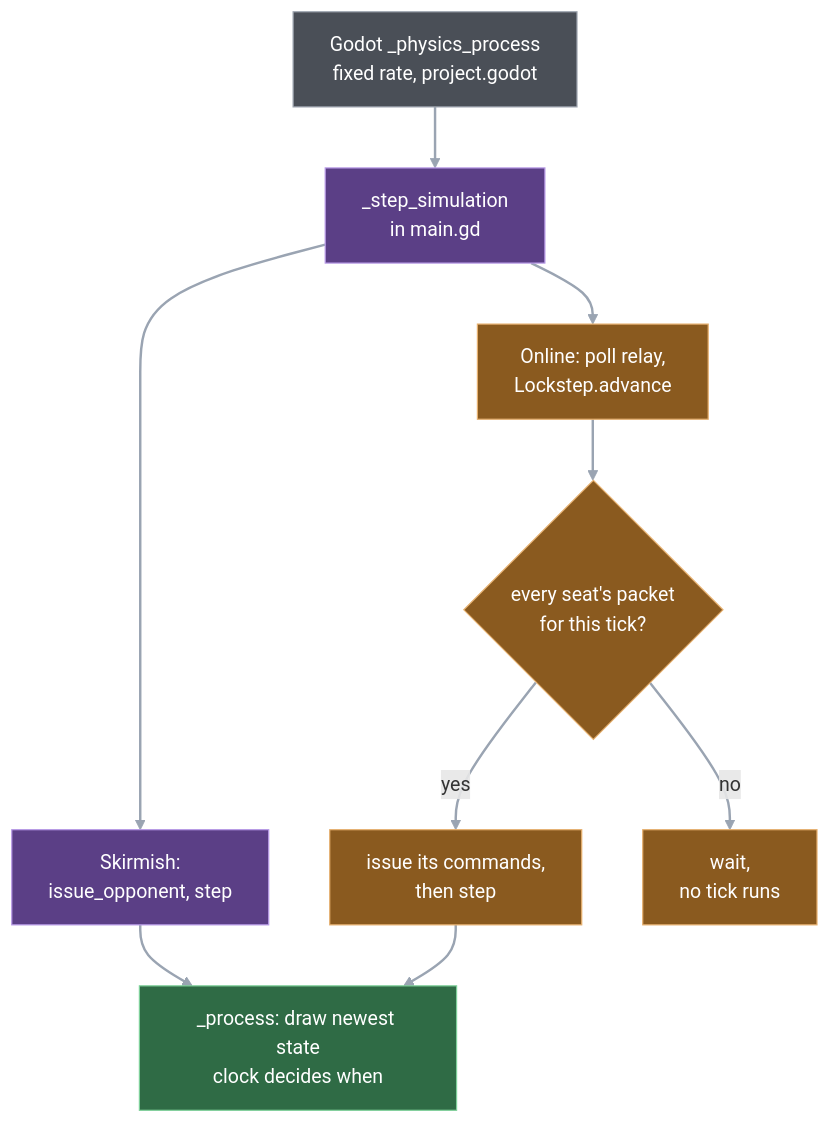
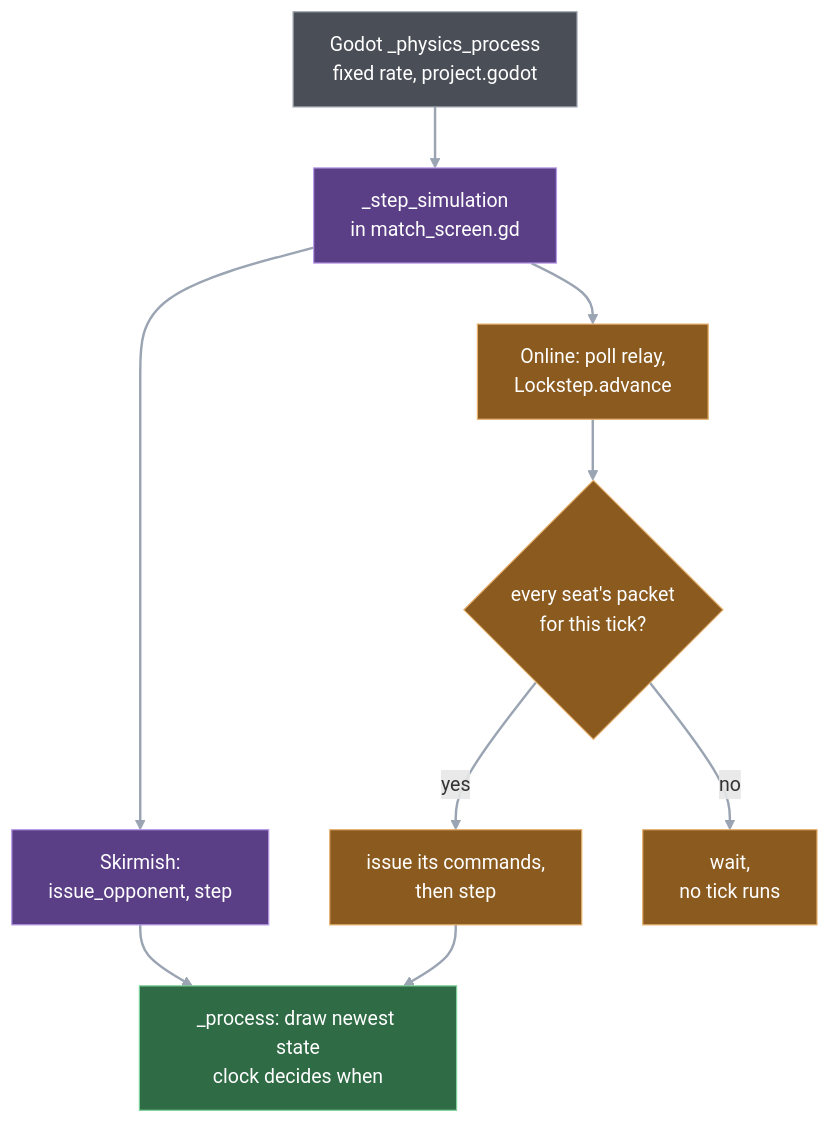
Before and after one commit to pdstuber/wargrid: the second of 2 diagrams in docs/guide/04-the-tick.md, drawn with Mermaid. The commit also changed other lines of this file and 18 other files, not shown here.

First line of the commit message:
Describe the one match screen; record the One controller gate row

````diff
--- a/docs/guide/04-the-tick.md
+++ b/docs/guide/04-the-tick.md
@@ -32,20 +32,20 @@
 ```mermaid
 flowchart TD
-    P["Godot _physics_process<br/>fixed rate, project.godot"] --> S["_step_simulation<br/>in main.gd"]
+    P["Godot _physics_process<br/>fixed rate, project.godot"] --> S["_step_simulation<br/>in match_screen.gd"]
     S --> O["Skirmish:<br/>issue_opponent, step"]
     S --> N["Online: poll relay,<br/>Lockstep.advance"]
     N --> N2{"every seat's packet<br/>for this tick?"}
     N2 -- "yes" --> N3["issue its commands,<br/>then step"]
     N2 -- "no" --> N4["wait,<br/>no tick runs"]
     O --> R["_process: draw newest state<br/>clock decides when"]
     classDef ext fill:#4a4f57,stroke:#a0a7b1,color:#ffffff
     classDef driver fill:#5b3f86,stroke:#b79ae6,color:#ffffff
     classDef net fill:#8a5a1f,stroke:#e6b06f,color:#ffffff
     classDef pres fill:#2f6b45,stroke:#7fd09a,color:#ffffff
     class P ext
     class S,O driver
     class N,N2,N3,N4 net
     class R pres
     N3 --> R
     linkStyle default stroke:#9aa4b2,stroke-width:2px
 ```
````
